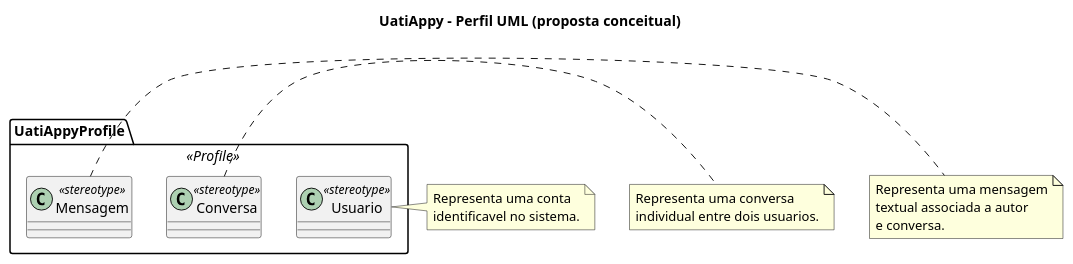
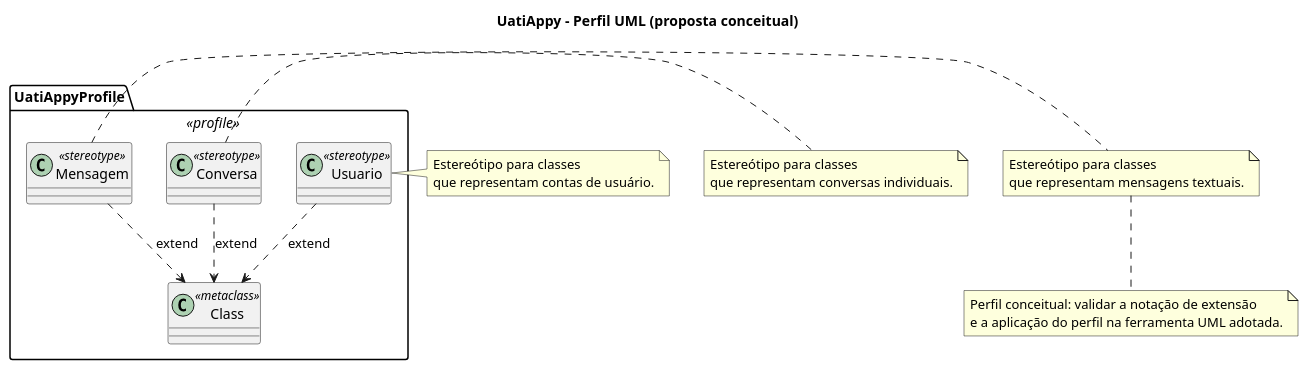
Before and after one commit to daviwanziler/uatiappy-vdois: the third of 10 diagrams in Docs/requisitos/escopo-mvp.md, drawn with PlantUML. The commit also changed other lines of this file, not shown here.

Commit message:
docs: corrigir notacao e modelagem dos diagramas UML

````diff
--- a/Docs/requisitos/escopo-mvp.md
+++ b/Docs/requisitos/escopo-mvp.md
@@ -249,27 +249,36 @@
 ```plantuml
 @startuml
 title UatiAppy - Perfil UML (proposta conceitual)
 
-package "UatiAppyProfile" <<Profile>> {
-  class Usuario <<stereotype>>
-  class Conversa <<stereotype>>
-  class Mensagem <<stereotype>>
+package "UatiAppyProfile" <<profile>> {
+  class "Usuario" as SUsuario <<stereotype>>
+  class "Conversa" as SConversa <<stereotype>>
+  class "Mensagem" as SMensagem <<stereotype>>
+  class "Class" as UMLClass <<metaclass>>
 }
 
-note right of Usuario
-  Representa uma conta
-  identificavel no sistema.
+SUsuario ..> UMLClass : «extend»
+SConversa ..> UMLClass : «extend»
+SMensagem ..> UMLClass : «extend»
+
+note right of SUsuario
+  Estereótipo para classes
+  que representam contas de usuário.
 end note
 
-note right of Conversa
-  Representa uma conversa
-  individual entre dois usuarios.
+note right of SConversa
+  Estereótipo para classes
+  que representam conversas individuais.
 end note
 
-note right of Mensagem
-  Representa uma mensagem
-  textual associada a autor
-  e conversa.
+note right of SMensagem
+  Estereótipo para classes
+  que representam mensagens textuais.
+end note
+
+note bottom
+  Perfil conceitual: validar a notação de extensão
+  e a aplicação do perfil na ferramenta UML adotada.
 end note
 @enduml
 ```
````
